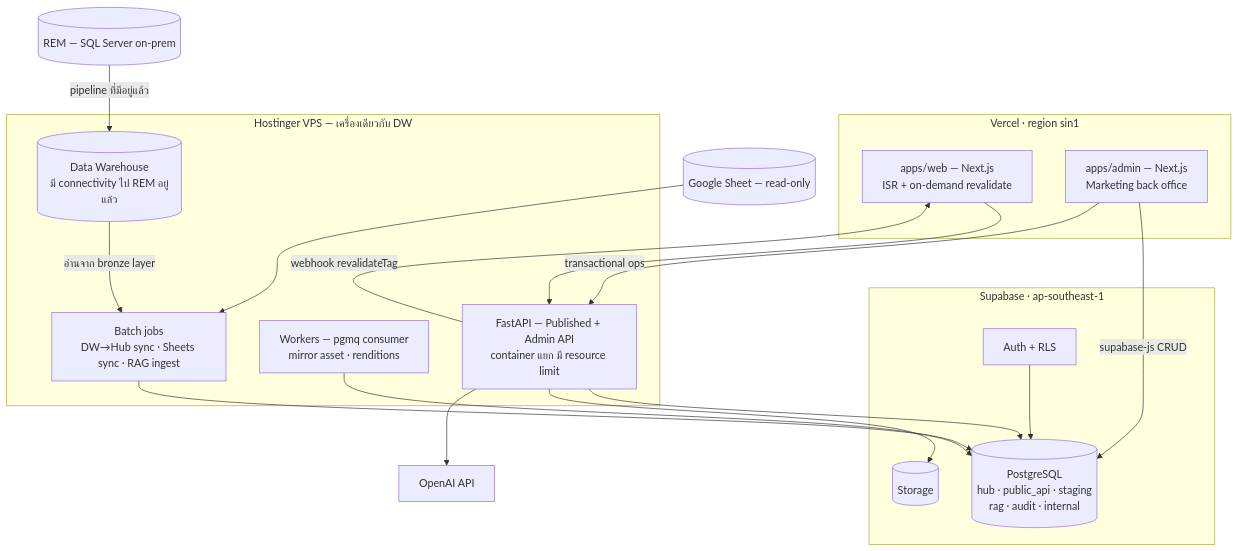
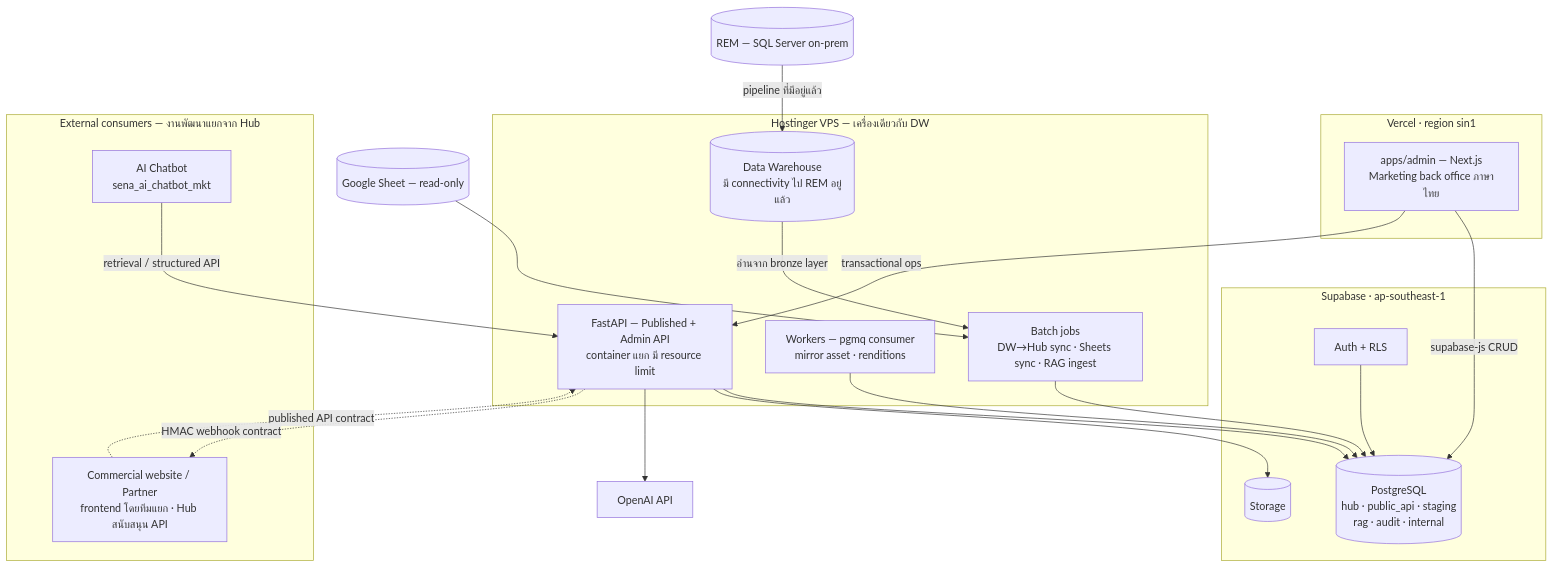
One commit to Keetawon/sena_digital_hub_mkt changed the first of 2 diagrams in docs/10-tech-stack.md. Above: the diagram before and after it, drawn with Mermaid. The commit also changed other lines of this file and 13 other files, not shown here.

First line of the commit message:
docs: define residential Hub scope and website data handoff

````diff
--- a/docs/10-tech-stack.md
+++ b/docs/10-tech-stack.md
@@ -35,35 +39,39 @@
 ```mermaid
 flowchart TD
     subgraph VERCEL["Vercel · region sin1"]
-        WEB["apps/web — Next.js<br/>ISR + on-demand revalidate"]
-        ADMIN["apps/admin — Next.js<br/>Marketing back office"]
+        ADMIN["apps/admin — Next.js<br/>Marketing back office ภาษาไทย"]
     end
     subgraph HOST["Hostinger VPS — เครื่องเดียวกับ DW"]
         DW[("Data Warehouse<br/>มี connectivity ไป REM อยู่แล้ว")]
         API["FastAPI — Published + Admin API<br/>container แยก มี resource limit"]
         WORKER["Workers — pgmq consumer<br/>mirror asset · renditions"]
         JOBS["Batch jobs<br/>DW→Hub sync · Sheets sync · RAG ingest"]
     end
     subgraph SUPA["Supabase · ap-southeast-1"]
         PG[("PostgreSQL<br/>hub · public_api · staging<br/>rag · audit · internal")]
         STO[("Storage")]
         AUTH["Auth + RLS"]
     end
     REM[("REM — SQL Server on-prem")]
     SHEET[("Google Sheet — read-only")]
     LLM["OpenAI API"]
+    subgraph CONSUMERS["External consumers — งานพัฒนาแยกจาก Hub"]
+        EXTERNAL["Commercial website / Partner<br/>frontend โดยทีมแยก · Hub สนับสนุน API"]
+        BOT["AI Chatbot<br/>sena_ai_chatbot_mkt"]
+    end
 
     REM -->|pipeline ที่มีอยู่แล้ว| DW
     DW -->|อ่านจาก bronze layer| JOBS
     SHEET --> JOBS
     ADMIN -->|supabase-js CRUD| PG
     ADMIN -->|transactional ops| API
-    WEB --> API
+    EXTERNAL -.->|published API contract| API
+    BOT -->|retrieval / structured API| API
     API --> PG
     API --> STO
     API --> LLM
     WORKER --> PG
     JOBS --> PG
     AUTH --> PG
-    API -->|webhook revalidateTag| WEB
+    API -.->|HMAC webhook contract| EXTERNAL
 ```
````
